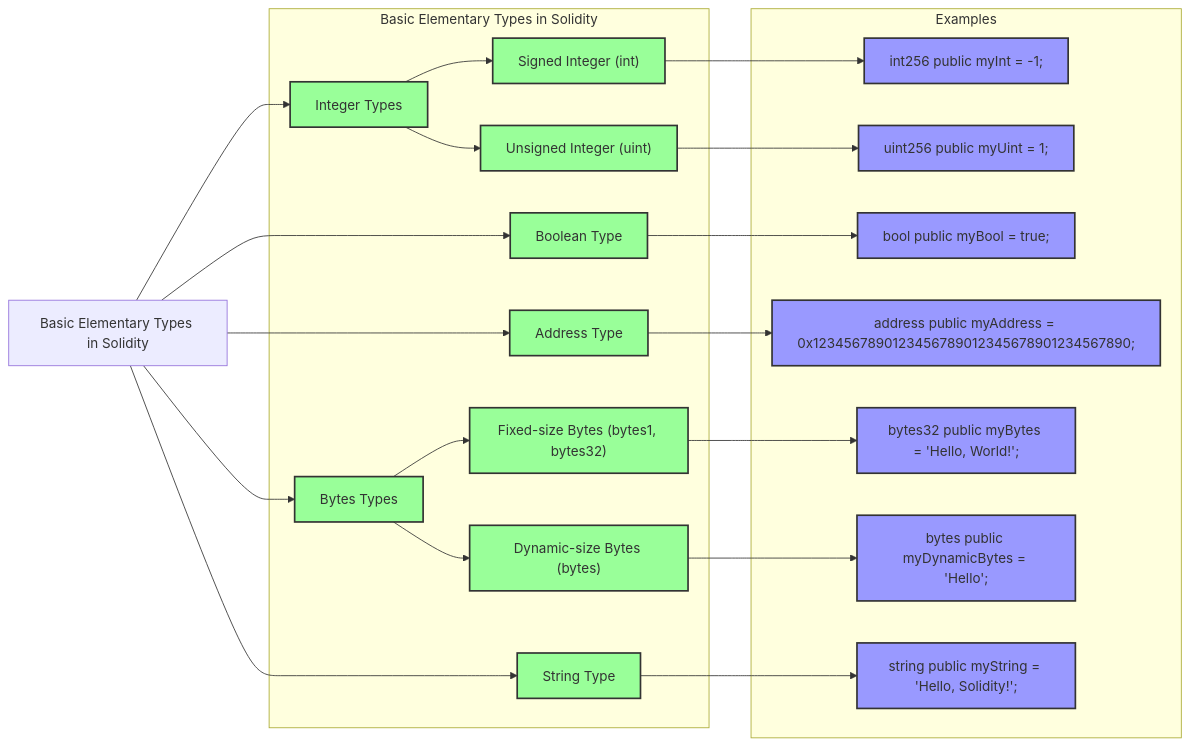
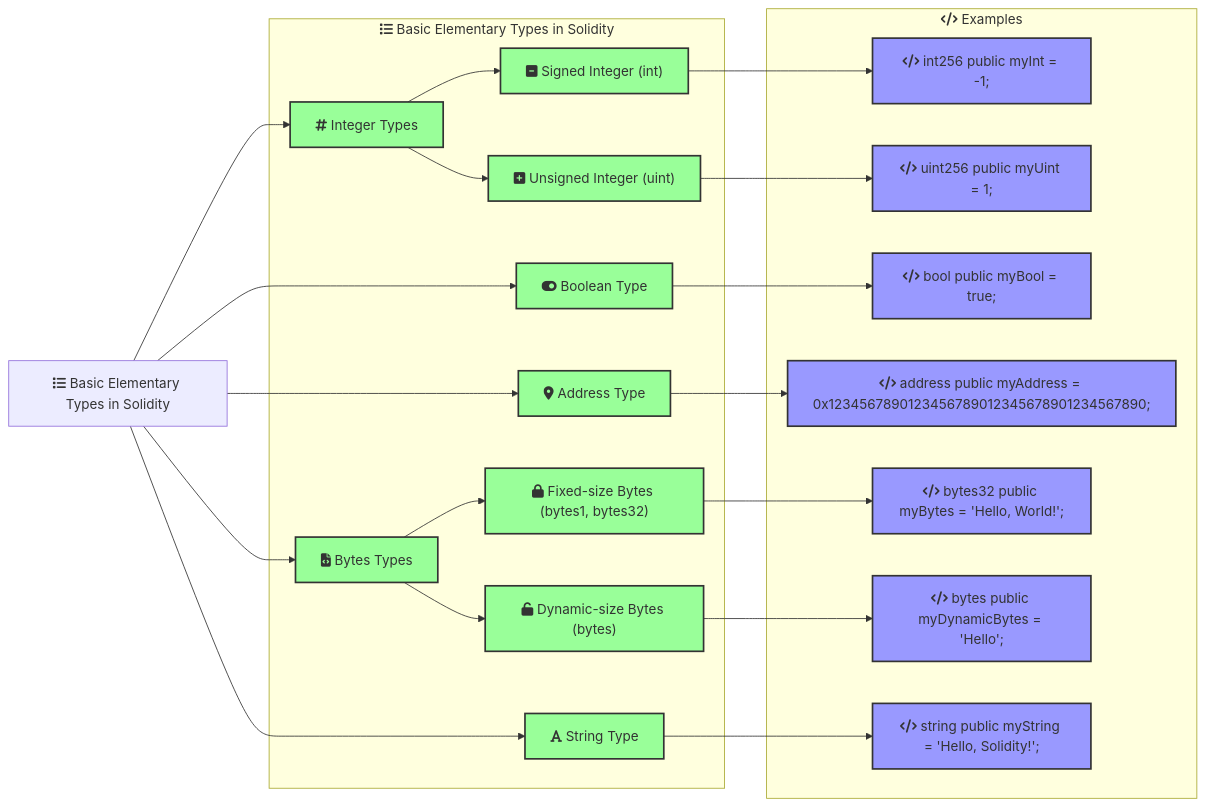
The sixth of 33 diagrams in _posts/2024-07-09-introduction-to-solidity.md (kelvin-bz/blog), drawn with Mermaid before and after one commit. The commit also changed other lines of this file, not shown here.

````diff
--- a/_posts/2024-07-09-introduction-to-solidity.md
+++ b/_posts/2024-07-09-introduction-to-solidity.md
@@ -345,65 +343,66 @@
 ```mermaid
 graph LR
     classDef type fill:#9f9,stroke:#333,stroke-width:2px;
     classDef example fill:#99f,stroke:#333,stroke-width:2px;
 
-    solidityTypes["Basic Elementary Types in Solidity"]
-    integerTypes["Integer Types"]:::type
-    signedInteger["Signed Integer (int)"]:::type
-    unsignedInteger["Unsigned Integer (uint)"]:::type
-    booleanType["Boolean Type"]:::type
-    addressType["Address Type"]:::type
-    bytesTypes["Bytes Types"]:::type
-    fixedBytes["Fixed-size Bytes (bytes1, bytes32)"]:::type
-    dynamicBytes["Dynamic-size Bytes (bytes)"]:::type
-    stringType["String Type"]:::type
+    solidityTypes["fa:fa-list Basic Elementary Types in Solidity"]
+    integerTypes["fa:fa-hashtag Integer Types"]:::type
+    signedInteger["fa:fa-minus-square Signed Integer (int)"]:::type
+    unsignedInteger["fa:fa-plus-square Unsigned Integer (uint)"]:::type
+    booleanType["fa:fa-toggle-on Boolean Type"]:::type
+    addressType["fa:fa-map-marker-alt Address Type"]:::type
+    bytesTypes["fa:fa-file-code Bytes Types"]:::type
+    fixedBytes["fa:fa-lock Fixed-size Bytes (bytes1, bytes32)"]:::type
+    dynamicBytes["fa:fa-unlock Dynamic-size Bytes (bytes)"]:::type
+    stringType["fa:fa-font String Type"]:::type
 
-    signedIntegerExample["int256 public myInt = -1;"]:::example
-    unsignedIntegerExample["uint256 public myUint = 1;"]:::example
-    booleanExample["bool public myBool = true;"]:::example
-    addressExample["address public myAddress = 0x1234567890123456789012345678901234567890;"]:::example
-    fixedBytesExample["bytes32 public myBytes = 'Hello, World!';"]:::example
-    dynamicBytesExample["bytes public myDynamicBytes = 'Hello';"]:::example
-    stringExample["string public myString = 'Hello, Solidity!';"]:::example
+    signedIntegerExample["fa:fa-code int256 public myInt = -1;"]:::example
+    unsignedIntegerExample["fa:fa-code uint256 public myUint = 1;"]:::example
+    booleanExample["fa:fa-code bool public myBool = true;"]:::example
+    addressExample["fa:fa-code address public myAddress = 0x1234567890123456789012345678901234567890;"]:::example
+    fixedBytesExample["fa:fa-code bytes32 public myBytes = 'Hello, World!';"]:::example
+    dynamicBytesExample["fa:fa-code bytes public myDynamicBytes = 'Hello';"]:::example
+    stringExample["fa:fa-code string public myString = 'Hello, Solidity!';"]:::example
 
     solidityTypes --> integerTypes
     integerTypes --> signedInteger
     integerTypes --> unsignedInteger
     solidityTypes --> booleanType
     solidityTypes --> addressType
     solidityTypes --> bytesTypes
     bytesTypes --> fixedBytes
     bytesTypes --> dynamicBytes
     solidityTypes --> stringType
 
     signedInteger --> signedIntegerExample
     unsignedInteger --> unsignedIntegerExample
     booleanType --> booleanExample
     addressType --> addressExample
     fixedBytes --> fixedBytesExample
     dynamicBytes --> dynamicBytesExample
     stringType --> stringExample
 
-    subgraph elementaryTypesStructure["Basic Elementary Types in Solidity"]
+    subgraph elementaryTypesStructure["fa:fa-list Basic Elementary Types in Solidity"]
         integerTypes
         signedInteger
         unsignedInteger
         booleanType
         addressType
         bytesTypes
         fixedBytes
         dynamicBytes
         stringType
     end
 
-    subgraph examples["Examples"]
+    subgraph examples["fa:fa-code Examples"]
         signedIntegerExample
         unsignedIntegerExample
         booleanExample
         addressExample
         fixedBytesExample
         dynamicBytesExample
         stringExample
     end
 
+
 ```
````
